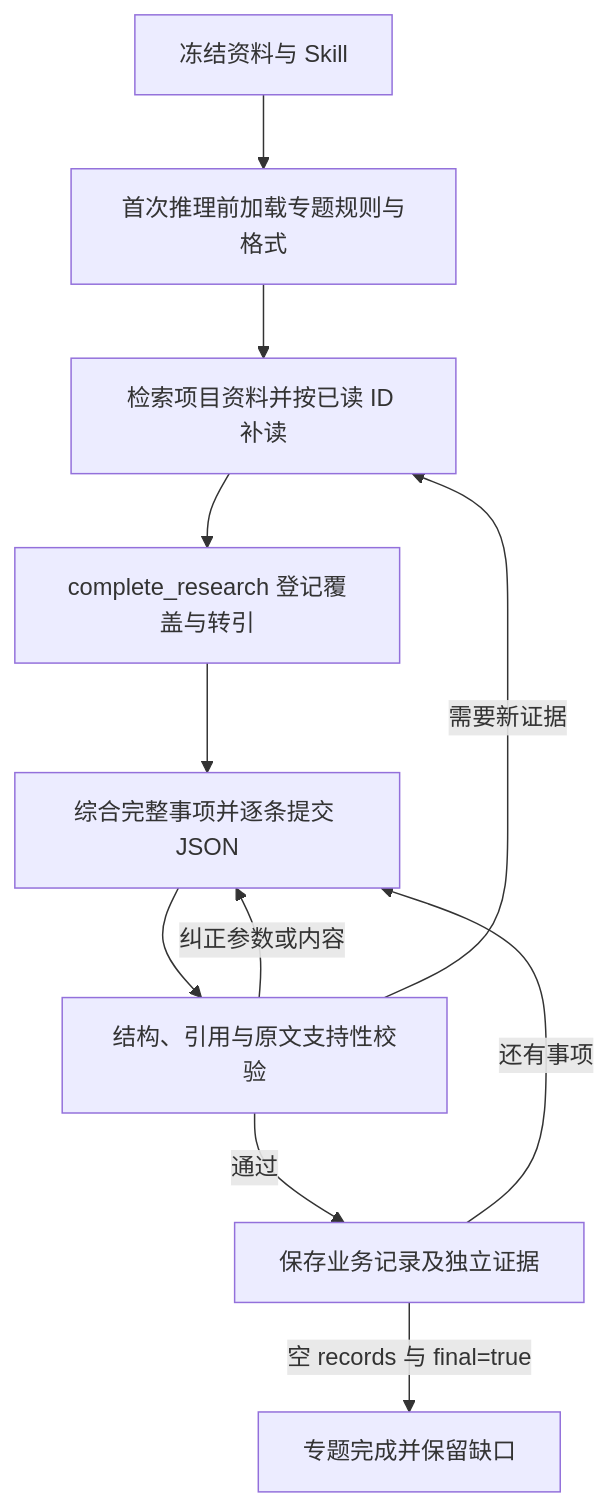
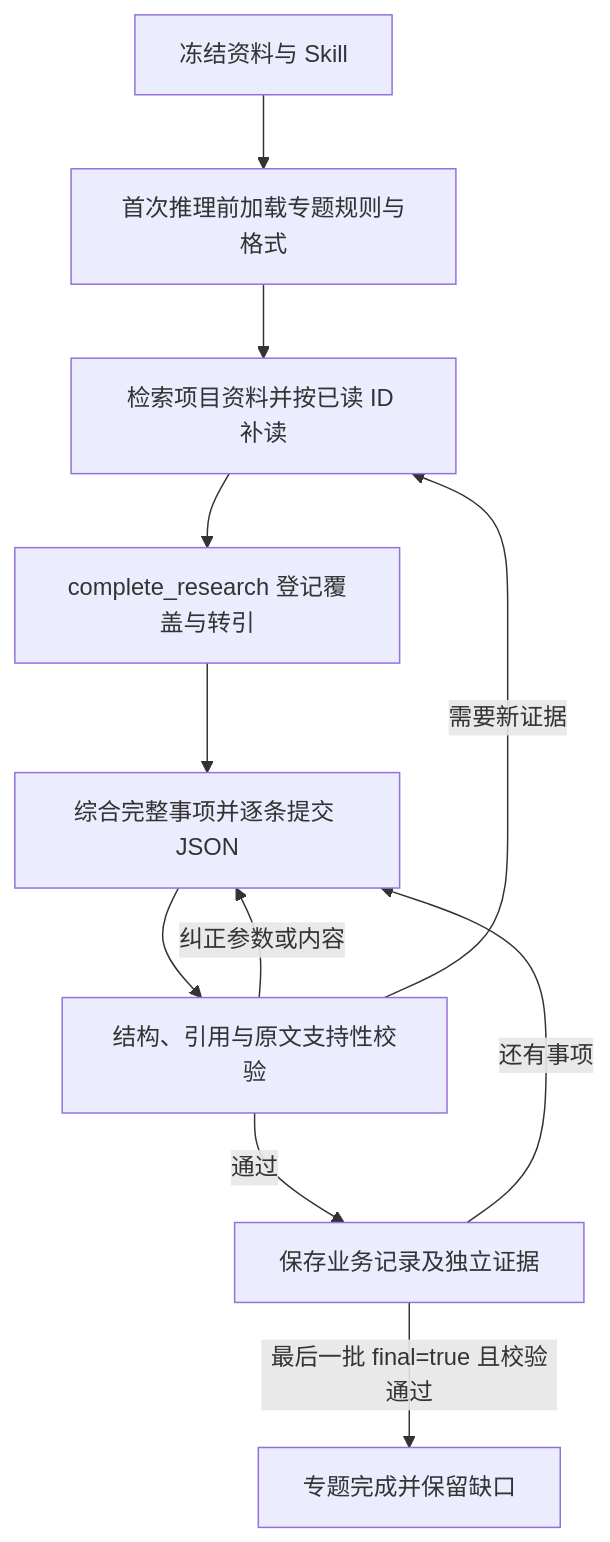
The diagram in docs/工程/14-解析Skill与运行护栏.md (wph989/AI-tender), drawn with Mermaid before and after one commit. The commit also changed other lines of this file and 58 other files, not shown here.

````diff
--- a/docs/工程/14-解析Skill与运行护栏.md
+++ b/docs/工程/14-解析Skill与运行护栏.md
@@ -9,13 +9,13 @@
 ```mermaid
 flowchart TD
     A[冻结资料与 Skill] --> B[首次推理前加载专题规则与格式]
     B --> C[检索项目资料并按已读 ID 补读]
     C --> D[complete_research 登记覆盖与转引]
     D --> E[综合完整事项并逐条提交 JSON]
     E --> F[结构、引用与原文支持性校验]
     F -->|通过| G[保存业务记录及独立证据]
     F -->|纠正参数或内容| E
     F -->|需要新证据| C
     G -->|还有事项| E
-    G -->|空 records 与 final=true| H[专题完成并保留缺口]
+    G -->|最后一批 final=true 且校验通过| H[专题完成并保留缺口]
 ```
````
